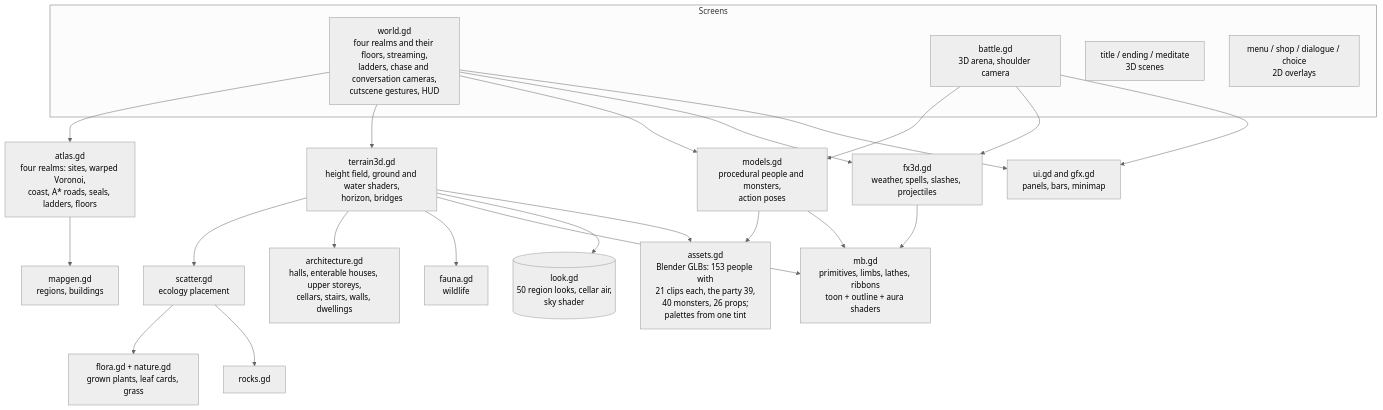
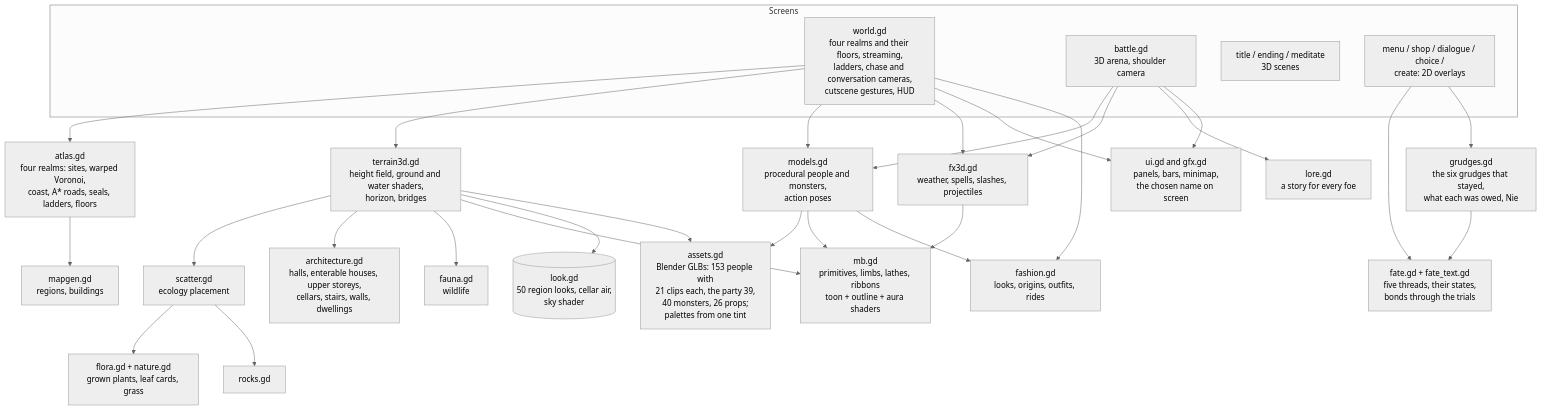
Before and after one commit to jgyy/timegox: diagram 26 of 27 in README.md, drawn with Mermaid (neutral theme). The commit also changed other lines of this file and 72 other files, not shown here.

Commit message:
Fates and Faces: character creation, outfits, mounts and vehicles, five fated NPCs whose choices matter, a story for every foe, Part XIV (+1h19m), bug fixes (#14)

````diff
--- a/README.md
+++ b/README.md
@@ -1429,29 +1600,35 @@
 ```mermaid
 flowchart TD
     subgraph Screens
         W[world.gd<br/>four realms and their floors, streaming,<br/>ladders, chase and conversation cameras,<br/>cutscene gestures, HUD]
         B[battle.gd<br/>3D arena, shoulder camera]
         T[title / ending / meditate<br/>3D scenes]
-        M[menu / shop / dialogue / choice<br/>2D overlays]
+        M[menu / shop / dialogue / choice /<br/>create: 2D overlays]
     end
     W --> ATL[atlas.gd<br/>four realms: sites, warped Voronoi,<br/>coast, A* roads, seals, ladders, floors]
     ATL --> MG2[mapgen.gd<br/>regions, buildings]
     W --> TER[terrain3d.gd<br/>height field, ground and water shaders,<br/>horizon, bridges]
     TER --> SC[scatter.gd<br/>ecology placement]
     SC --> FL[flora.gd + nature.gd<br/>grown plants, leaf cards, grass]
     SC --> RK[rocks.gd]
     TER --> ARC[architecture.gd<br/>halls, enterable houses, upper storeys,<br/>cellars, stairs, walls, dwellings]
     TER --> FA[fauna.gd<br/>wildlife]
     W --> MOD[models.gd<br/>procedural people and monsters,<br/>action poses]
     MOD --> AS[assets.gd<br/>Blender GLBs: 153 people with<br/>21 clips each, the party 39,<br/>40 monsters, 26 props;<br/>palettes from one tint]
     B --> MOD
     B --> FX[fx3d.gd<br/>weather, spells, slashes, projectiles]
     W --> FX
     TER --> MB[mb.gd<br/>primitives, limbs, lathes, ribbons<br/>toon + outline + aura shaders]
     MOD --> MB
     FX --> MB
     TER --> LK[(look.gd<br/>50 region looks, cellar air,<br/>sky shader)]
     TER --> AS
-    W --> UI[ui.gd and gfx.gd<br/>panels, bars, minimap]
+    W --> UI[ui.gd and gfx.gd<br/>panels, bars, minimap,<br/>the chosen name on screen]
+    W --> FS[fashion.gd<br/>looks, origins, outfits, rides]
+    MOD --> FS
+    M --> FT[fate.gd + fate_text.gd<br/>five threads, their states,<br/>bonds through the trials]
+    M --> GD[grudges.gd<br/>the six grudges that stayed,<br/>what each was owed, Nie]
+    GD --> FT
+    B --> LR[lore.gd<br/>a story for every foe]
     B --> UI
 ```
````
